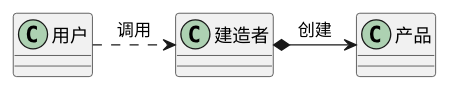
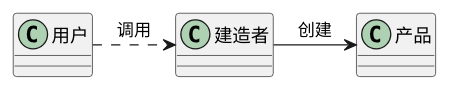
Before and after one commit to kco1989/examples: the diagram in src/main/java/com/kco/pattern/build/建造者模式.puml, drawn with PlantUML. The commit also changed 16 other files, not shown here.

```diff
--- a/src/main/java/com/kco/pattern/build/建造者模式.puml
+++ b/src/main/java/com/kco/pattern/build/建造者模式.puml
@@ -1,6 +1,6 @@
 @startuml
 
 用户 -r..> 建造者 : 调用
-建造者 *-r--> 产品 : 创建
+建造者 -r--> 产品 : 创建
 
 @enduml
```
